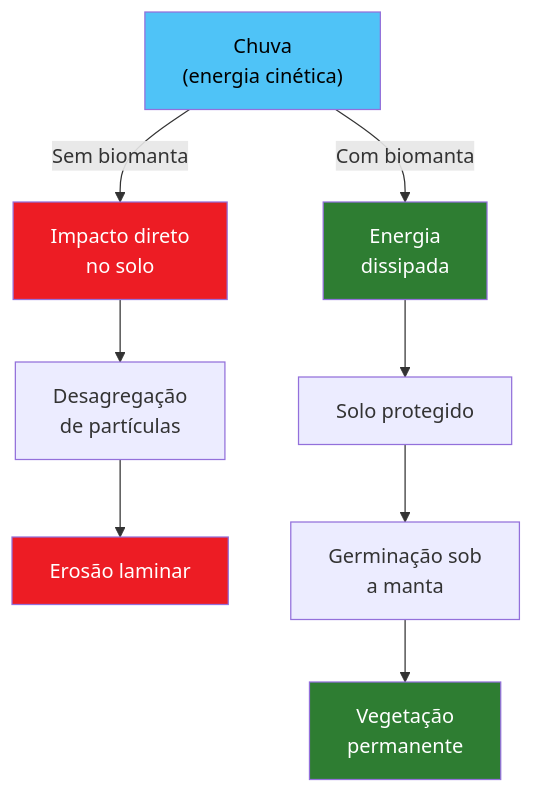
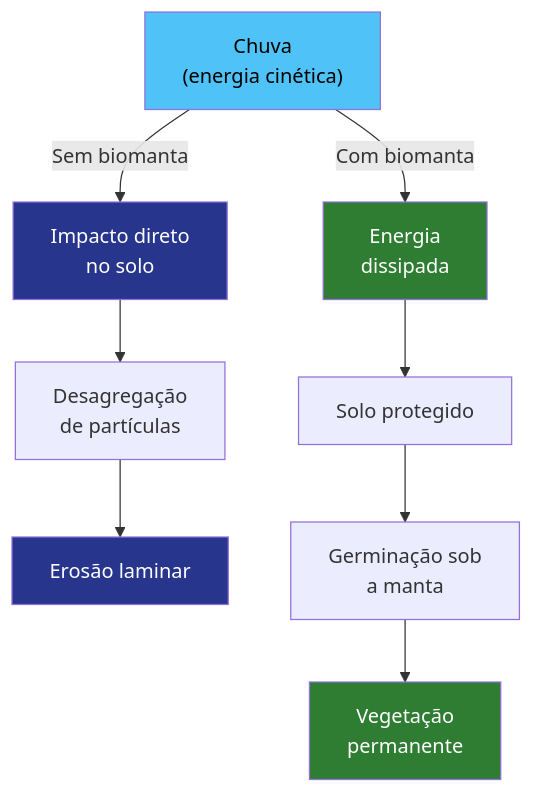
One commit to ldvsantos/cv changed the first of 7 diagrams in aulas/bioengenharia_de_solos/aulas/biomantas/biomantas.qmd. Above: the diagram before and after it, drawn with Mermaid. The commit also changed other lines of this file and 466 other files, not shown here.

````diff
--- a/aulas/bioengenharia_de_solos/aulas/biomantas/biomantas.qmd
+++ b/aulas/bioengenharia_de_solos/aulas/biomantas/biomantas.qmd
@@ -79,16 +77,16 @@
 ```{mermaid}
 %%| fig-width: 4.5
 graph TD
     A["Chuva<br>(energia cinética)"] -->|"Sem biomanta"| B["Impacto direto<br>no solo"]
     B --> C["Desagregação<br>de partículas"]
     C --> D["Erosão laminar"]
     A -->|"Com biomanta"| E["Energia<br>dissipada"]
     E --> F["Solo protegido"]
     F --> G["Germinação sob<br>a manta"]
     G --> H["Vegetação<br>permanente"]
     style A fill:#4FC3F7,color:#000
-    style B fill:#ED1C24,color:#fff
-    style D fill:#ED1C24,color:#fff
+    style B fill:#27368C,color:#fff
+    style D fill:#27368C,color:#fff
     style E fill:#2E7D32,color:#fff
     style H fill:#2E7D32,color:#fff
 ```
````
